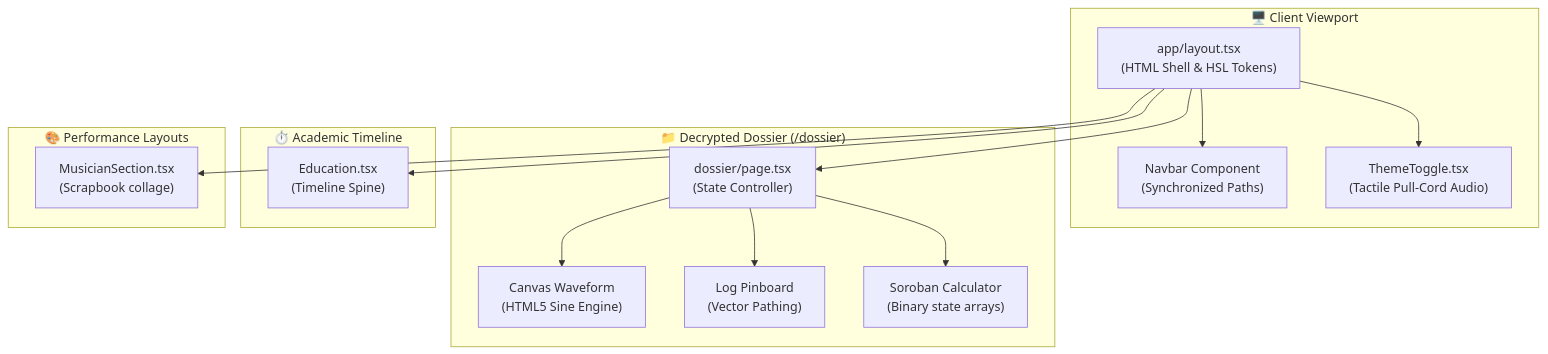
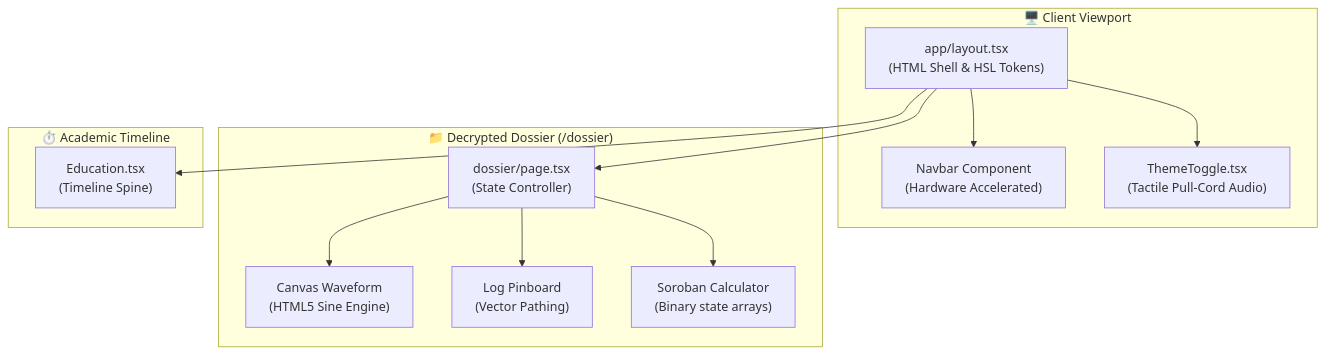
One commit to Vedant180205/portfolio_self changed the first of 2 diagrams in README.md. Above: the diagram before and after it, drawn with Mermaid. The commit also changed other lines of this file, not shown here.

````diff
--- a/README.md
+++ b/README.md
@@ -48,32 +70,27 @@
 ```mermaid
 graph TD
     subgraph Browser["🖥️ Client Viewport"]
         Layout["app/layout.tsx\n(HTML Shell & HSL Tokens)"]
-        Nav["Navbar Component\n(Synchronized Paths)"]
+        Nav["Navbar Component\n(Hardware Accelerated)"]
         Cord["ThemeToggle.tsx\n(Tactile Pull-Cord Audio)"]
     end
 
     subgraph Dossier["📁 Decrypted Dossier (/dossier)"]
         Page["dossier/page.tsx\n(State Controller)"]
         Canvas["Canvas Waveform\n(HTML5 Sine Engine)"]
         Pinboard["Log Pinboard\n(Vector Pathing)"]
         Abacus["Soroban Calculator\n(Binary state arrays)"]
     end
 
     subgraph Timeline["⏱️ Academic Timeline"]
         Ed["Education.tsx\n(Timeline Spine)"]
     end
 
-    subgraph Showcase["🎨 Performance Layouts"]
-        Mus["MusicianSection.tsx\n(Scrapbook collage)"]
-    end
-
     Layout --> Nav
     Layout --> Cord
     Layout --> Page
     Page --> Canvas
     Page --> Pinboard
     Page --> Abacus
     Layout --> Ed
-    Layout --> Mus
 ```
````
